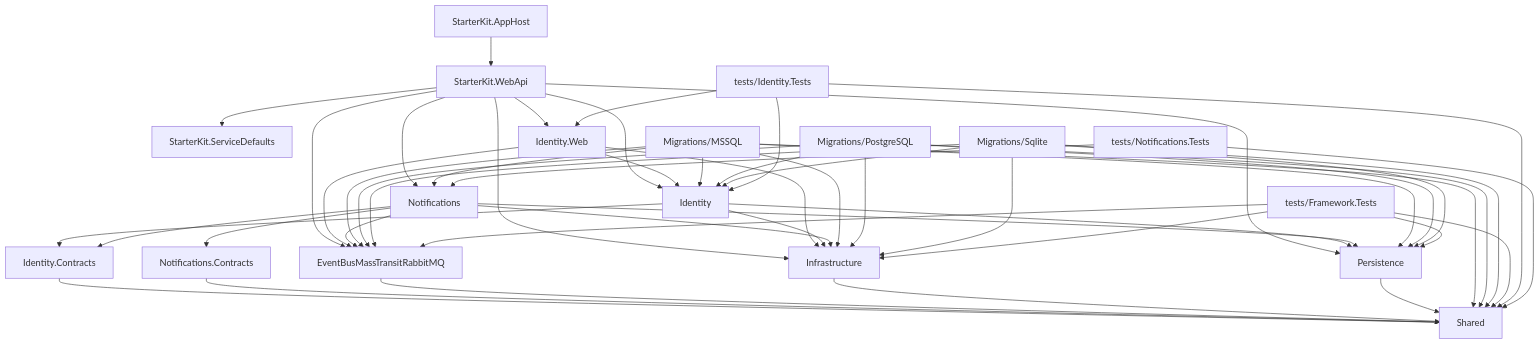
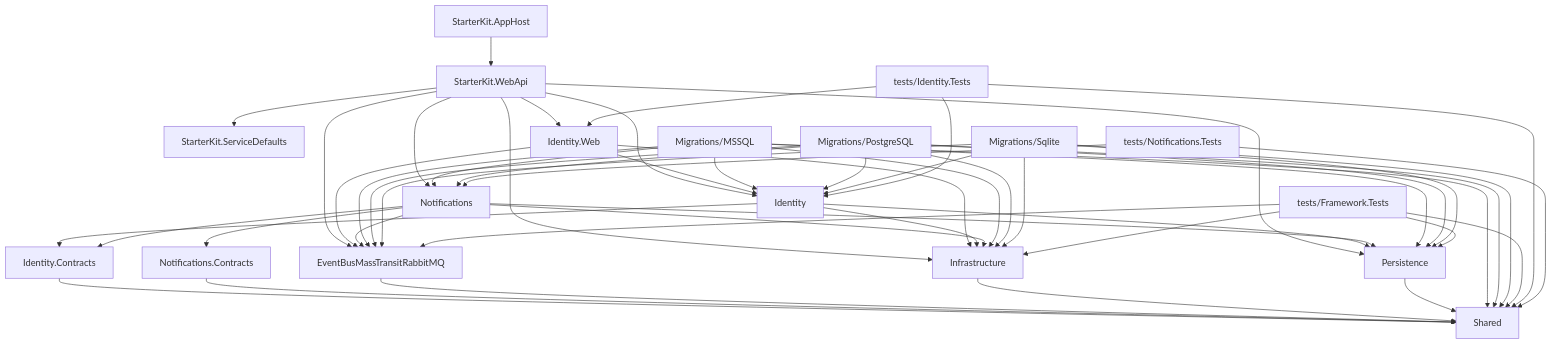
The diagram in docs/architecture/dependency-graph.md (lightdotnet/ModularMonolith), drawn with Mermaid before and after one commit. The commit also changed other lines of this file and 28 other files, not shown here.

````diff
--- a/docs/architecture/dependency-graph.md
+++ b/docs/architecture/dependency-graph.md
@@ -7,61 +7,61 @@
 ```mermaid
 graph TD
     AppHost["StarterKit.AppHost"]
     WebApi["StarterKit.WebApi"]
     SD["StarterKit.ServiceDefaults"]
     IdW["Identity.Web"]
     Id["Identity"]
     IdC["Identity.Contracts"]
     Not["Notifications"]
     NotC["Notifications.Contracts"]
     Bus["EventBusMassTransitRabbitMQ"]
     Infra["Infrastructure"]
     Pers["Persistence"]
     Shared["Shared"]
     MigMs["Migrations/MSSQL"]
     MigPg["Migrations/PostgreSQL"]
     MigSl["Migrations/Sqlite"]
     FT["tests/Framework.Tests"]
     IT["tests/Identity.Tests"]
     NT["tests/Notifications.Tests"]
 
     AppHost --> WebApi
     WebApi --> SD
     WebApi --> Bus
     WebApi --> Id
     WebApi --> IdW
     WebApi --> Not
     WebApi --> Infra
     WebApi --> Pers
     IdW --> Id
     IdW --> Infra
     IdW --> Bus
     Id --> IdC
     Id --> Infra
     Id --> Pers
     IdC --> Shared
     Not --> NotC
     Not --> IdC
     Not --> Infra
     Not --> Pers
     Not --> Bus
     NotC --> Shared
     Bus --> Shared
     Infra --> Shared
     Pers --> Shared
     MigMs & MigPg & MigSl --> Bus
     MigMs & MigPg & MigSl --> Id
     MigMs & MigPg & MigSl --> Infra
     MigMs & MigPg & MigSl --> Pers
     MigMs & MigPg & MigSl --> Shared
-    MigMs --> Not
+    MigMs & MigPg --> Not
     FT --> Shared
     FT --> Infra
     FT --> Pers
     FT --> Bus
     IT --> Id
     IT --> IdW
     IT --> Shared
     NT --> Not
     NT --> Shared
 ```
````
